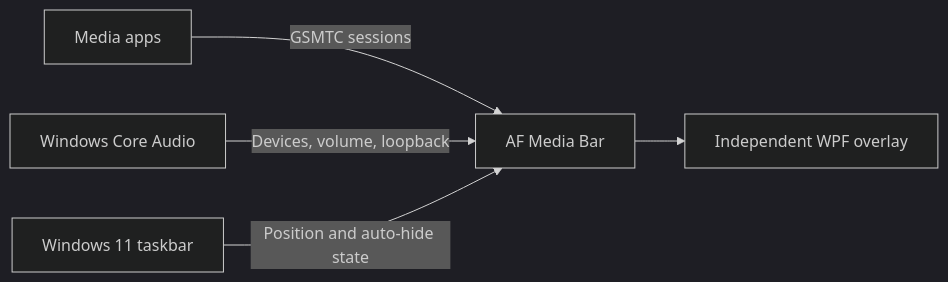
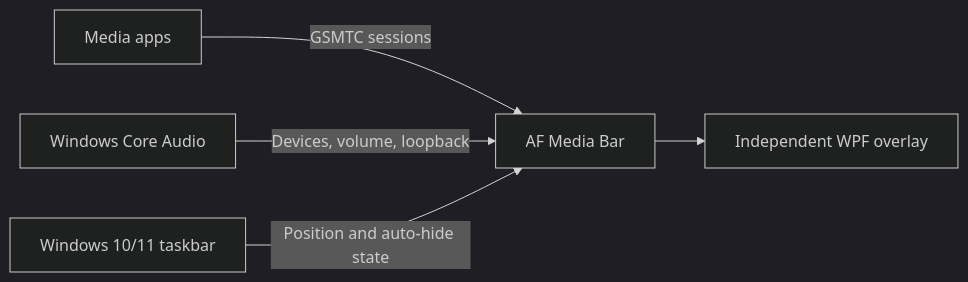
The diagram in README.en-US.md (Fervent-Tempo/AF-Media-Bar), drawn with Mermaid (dark theme) before and after one commit. The commit also changed other lines of this file and 7 other files, not shown here.

````diff
--- a/README.en-US.md
+++ b/README.en-US.md
@@ -76,7 +76,7 @@
 ```mermaid
 flowchart LR
     A[Media apps] -->|GSMTC sessions| B[AF Media Bar]
     C[Windows Core Audio] -->|Devices, volume, loopback| B
-    D[Windows 11 taskbar] -->|Position and auto-hide state| B
+    D[Windows 10/11 taskbar] -->|Position and auto-hide state| B
     B --> E[Independent WPF overlay]
 ```
````
